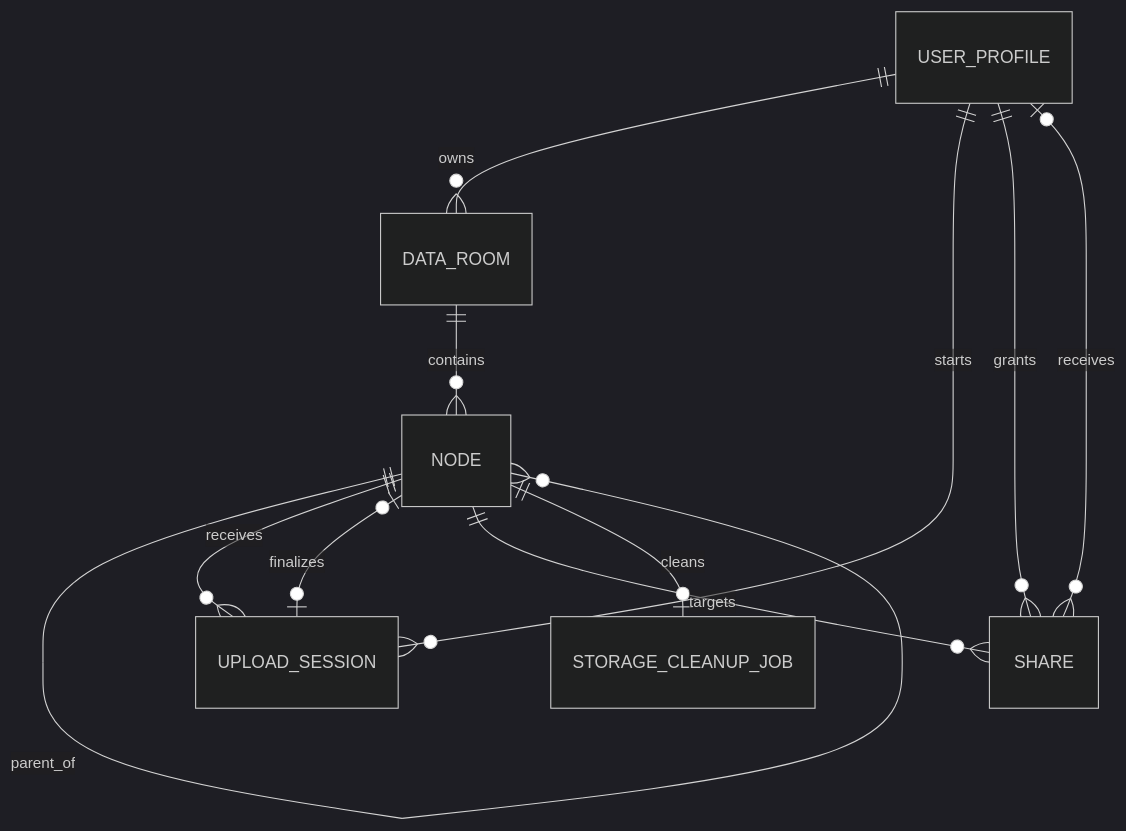
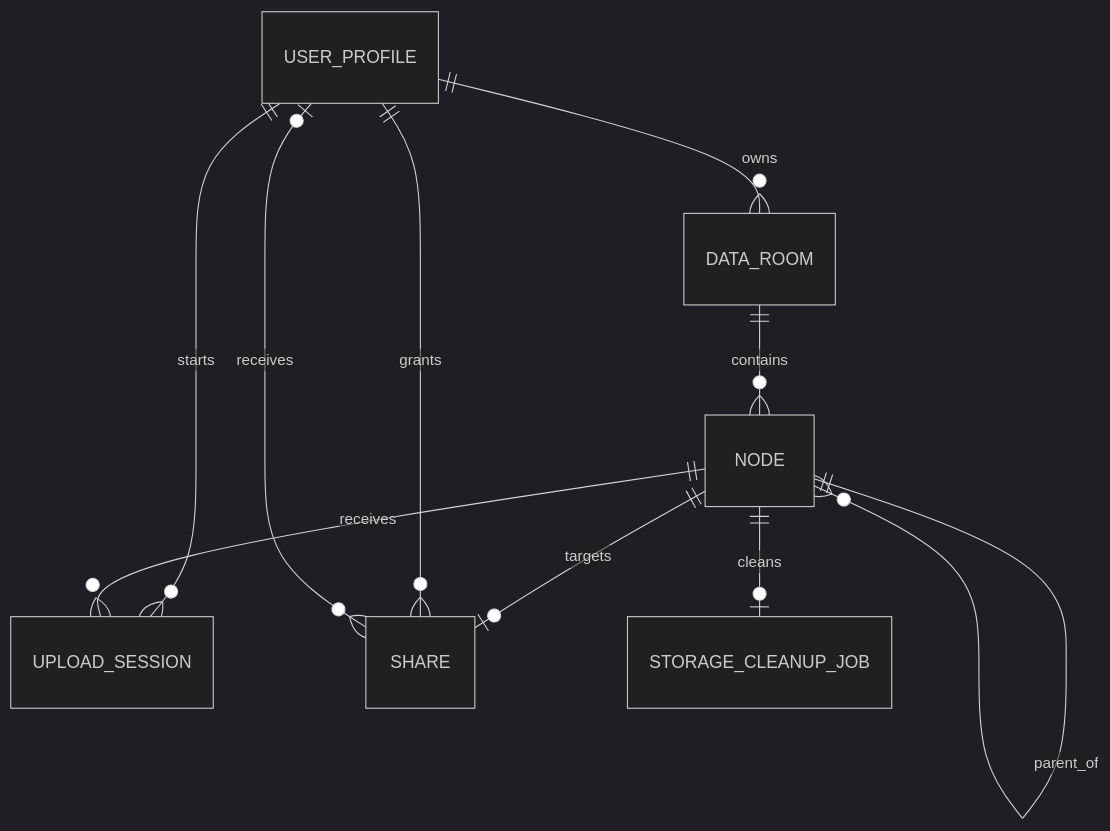
One commit to ewgenij87snwork/secure-data-room changed the second of 2 diagrams in README.md. Above: the diagram before and after it, drawn with Mermaid (dark theme). The commit also changed other lines of this file and 9 other files, not shown here.

````diff
--- a/README.md
+++ b/README.md
@@ -78,13 +62,12 @@
 ```mermaid
 erDiagram
   USER_PROFILE ||--o{ DATA_ROOM : owns
   DATA_ROOM ||--o{ NODE : contains
   NODE ||--o{ NODE : parent_of
   USER_PROFILE ||--o{ UPLOAD_SESSION : starts
   NODE ||--o{ UPLOAD_SESSION : receives
-  NODE o|--o| UPLOAD_SESSION : finalizes
-  NODE ||--o{ SHARE : targets
+  NODE ||--o| SHARE : targets
   USER_PROFILE ||--o{ SHARE : grants
   USER_PROFILE o|--o{ SHARE : receives
   NODE ||--o| STORAGE_CLEANUP_JOB : cleans
 ```
````
